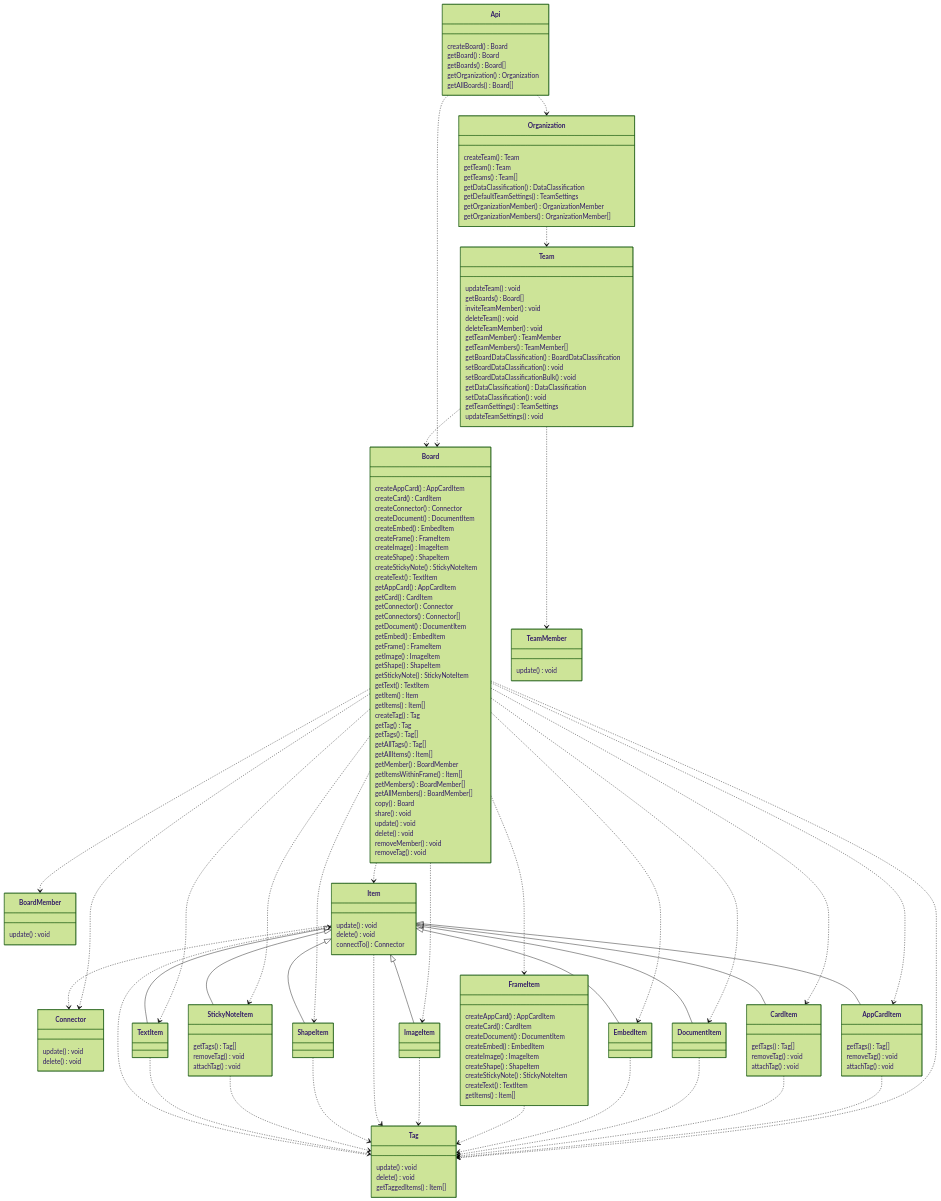
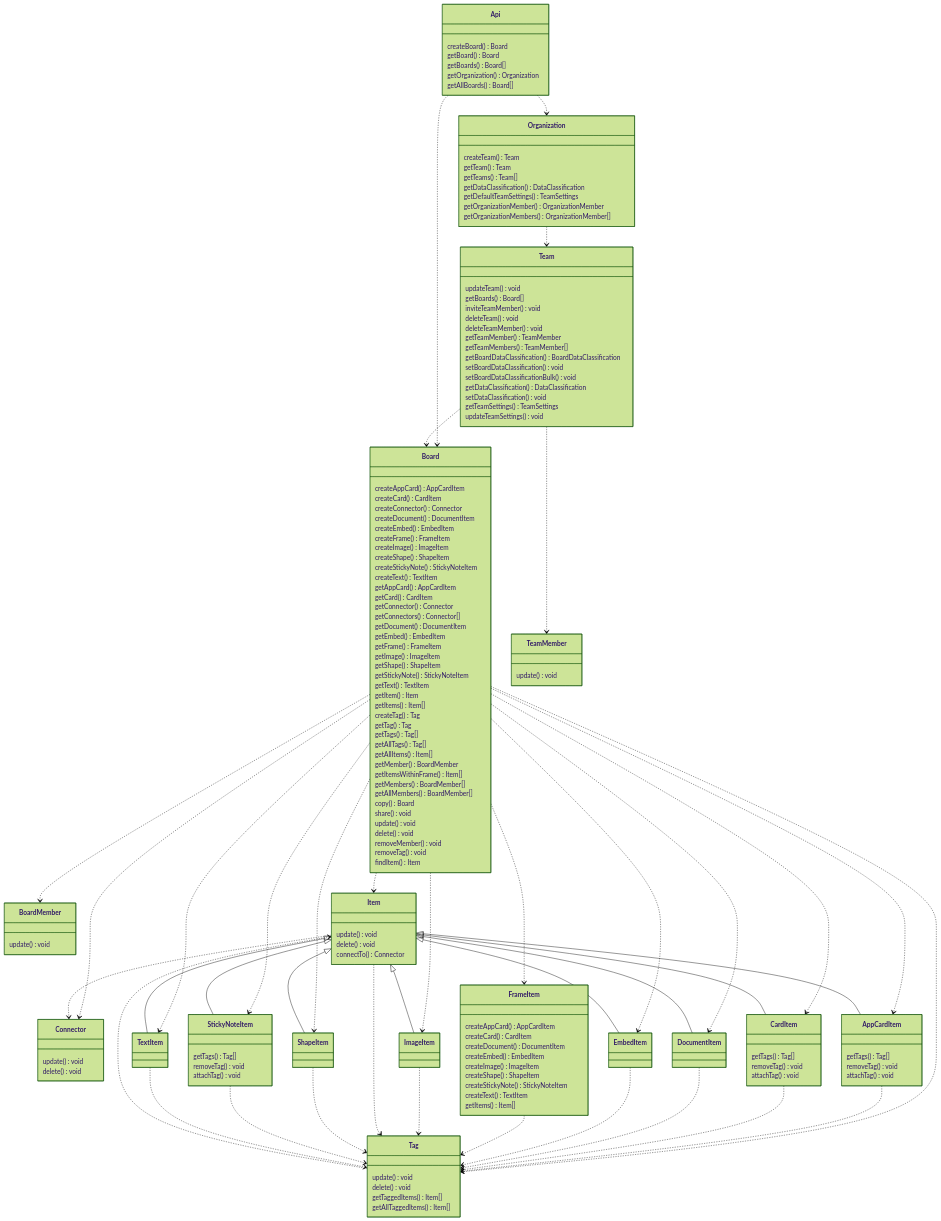
Before and after one commit to miroapp/api-clients: the diagram in MODELS.md, drawn with Mermaid (forest theme).

Commit message:
Add two additional method to the models

````diff
--- a/MODELS.md
+++ b/MODELS.md
@@ -143,6 +143,7 @@
     delete() void
     removeMember() void
     removeTag() void
+    findItem() Item
   }
 
   %% NICE
@@ -231,5 +232,6 @@
     update() void
     delete() void
     getTaggedItems() Item[]
+    getAllTaggedItems() Item[]
   }
 ```
````
